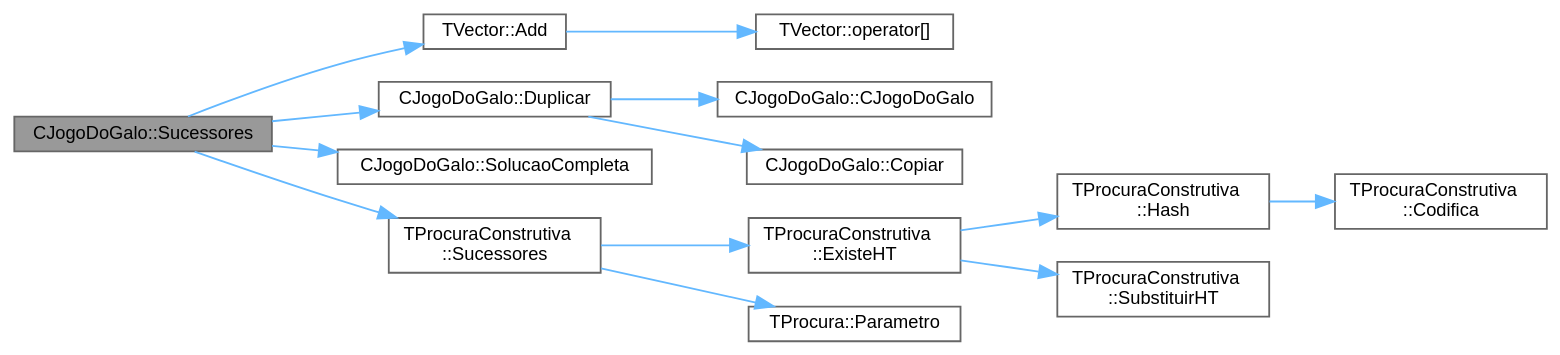
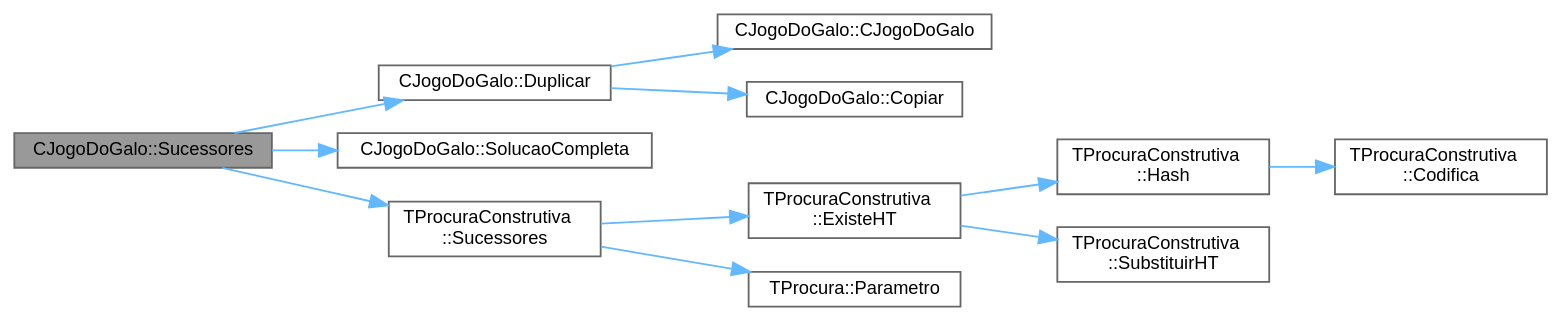
Before and after one commit to jcoelho72/TProcura: the diagram in classCJogoDoGalo_a00004ccf1fa3974c67e655291db65cfb_cgraph.dot, drawn with Graphviz. The commit also changed 169 other files, not shown here.

```diff
--- a/classCJogoDoGalo_a00004ccf1fa3974c67e655291db65cfb_cgraph.dot
+++ b/classCJogoDoGalo_a00004ccf1fa3974c67e655291db65cfb_cgraph.dot
@@ -1,33 +1,29 @@
 digraph "CJogoDoGalo::Sucessores"
 {
  // LATEX_PDF_SIZE
   bgcolor="transparent";
   edge [fontname=Helvetica,fontsize=10,labelfontname=Helvetica,labelfontsize=10];
   node [fontname=Helvetica,fontsize=10,shape=box,height=0.2,width=0.4];
   rankdir="LR";
   Node1 [id="Node000001",label="CJogoDoGalo::Sucessores",height=0.2,width=0.4,color="gray40", fillcolor="grey60", style="filled", fontcolor="black",tooltip="Coloca em sucessores a lista de estados sucessores."];
-  Node1 -> Node2 [id="edge13_Node000001_Node000002",color="steelblue1",style="solid",tooltip=" "];
-  Node2 [id="Node000002",label="TVector::Add",height=0.2,width=0.4,color="grey40", fillcolor="white", style="filled",URL="$classTVector.html#aa28afdd47b27c5e004fc75b86d6f66a6",tooltip=" "];
-  Node2 -> Node3 [id="edge14_Node000002_Node000003",color="steelblue1",style="solid",tooltip=" "];
-  Node3 [id="Node000003",label="TVector::operator[]",height=0.2,width=0.4,color="grey40", fillcolor="white", style="filled",URL="$classTVector.html#a372a42fd7c4a94fee43db36d6a339b33",tooltip="Acesso por índice com auto-expansão."];
-  Node1 -> Node4 [id="edge15_Node000001_Node000004",color="steelblue1",style="solid",tooltip=" "];
-  Node4 [id="Node000004",label="CJogoDoGalo::Duplicar",height=0.2,width=0.4,color="grey40", fillcolor="white", style="filled",URL="$classCJogoDoGalo.html#a0ffe5148e0dad4e325c1840d0569f508",tooltip="Cria um objecto que é uma cópia deste."];
-  Node4 -> Node5 [id="edge16_Node000004_Node000005",color="steelblue1",style="solid",tooltip=" "];
-  Node5 [id="Node000005",label="CJogoDoGalo::CJogoDoGalo",height=0.2,width=0.4,color="grey40", fillcolor="white", style="filled",URL="$classCJogoDoGalo.html#ae89ee9625b01e078ebcb0596f8edd989",tooltip=" "];
-  Node4 -> Node6 [id="edge17_Node000004_Node000006",color="steelblue1",style="solid",tooltip=" "];
-  Node6 [id="Node000006",label="CJogoDoGalo::Copiar",height=0.2,width=0.4,color="grey40", fillcolor="white", style="filled",URL="$classCJogoDoGalo.html#ae674e5a8774f6c0eb2533c68342e185f",tooltip=" "];
-  Node1 -> Node7 [id="edge18_Node000001_Node000007",color="steelblue1",style="solid",tooltip=" "];
-  Node7 [id="Node000007",label="CJogoDoGalo::SolucaoCompleta",height=0.2,width=0.4,color="grey40", fillcolor="white", style="filled",URL="$classCJogoDoGalo.html#a568b44d77521584132997a74bf557014",tooltip="Verifica se o estado actual é objectivo (é uma solução completa)"];
-  Node1 -> Node8 [id="edge19_Node000001_Node000008",color="steelblue1",style="solid",tooltip=" "];
-  Node8 [id="Node000008",label="TProcuraConstrutiva\l::Sucessores",height=0.2,width=0.4,color="grey40", fillcolor="white", style="filled",URL="$group__RedefinicaoMandatoria.html#ga0a13570d2f5a21296e3c10c2780e170c",tooltip="Coloca em sucessores a lista de estados sucessores."];
-  Node8 -> Node9 [id="edge20_Node000008_Node000009",color="steelblue1",style="solid",tooltip=" "];
-  Node9 [id="Node000009",label="TProcuraConstrutiva\l::ExisteHT",height=0.2,width=0.4,color="grey40", fillcolor="white", style="filled",URL="$classTProcuraConstrutiva.html#ad7857beab462b4b09a37e70cc9c787ac",tooltip=" "];
-  Node9 -> Node10 [id="edge21_Node000009_Node000010",color="steelblue1",style="solid",tooltip=" "];
-  Node10 [id="Node000010",label="TProcuraConstrutiva\l::Hash",height=0.2,width=0.4,color="grey40", fillcolor="white", style="filled",URL="$classTProcuraConstrutiva.html#a70375188a6ee7775bc842a3e64f8e35c",tooltip=" "];
-  Node10 -> Node11 [id="edge22_Node000010_Node000011",color="steelblue1",style="solid",tooltip=" "];
-  Node11 [id="Node000011",label="TProcuraConstrutiva\l::Codifica",height=0.2,width=0.4,color="grey40", fillcolor="white", style="filled",URL="$group__RedefinicaoSugerida.html#ga5ff46e85c8f1394c2502f17025284c11",tooltip="Codifica o estado para um vetor de inteiros de 64 bits."];
-  Node9 -> Node12 [id="edge23_Node000009_Node000012",color="steelblue1",style="solid",tooltip=" "];
-  Node12 [id="Node000012",label="TProcuraConstrutiva\l::SubstituirHT",height=0.2,width=0.4,color="grey40", fillcolor="white", style="filled",URL="$classTProcuraConstrutiva.html#a99b7a74f16f5a1b63b12bf629b902057",tooltip=" "];
-  Node8 -> Node13 [id="edge24_Node000008_Node000013",color="steelblue1",style="solid",tooltip=" "];
-  Node13 [id="Node000013",label="TProcura::Parametro",height=0.2,width=0.4,color="grey40", fillcolor="white", style="filled",URL="$classTProcura.html#a0e9e692f29af8a5d5279a8647c800437",tooltip=" "];
+  Node1 -> Node2 [id="edge11_Node000001_Node000002",color="steelblue1",style="solid",tooltip=" "];
+  Node2 [id="Node000002",label="CJogoDoGalo::Duplicar",height=0.2,width=0.4,color="grey40", fillcolor="white", style="filled",URL="$classCJogoDoGalo.html#a0ffe5148e0dad4e325c1840d0569f508",tooltip="Cria um objecto que é uma cópia deste."];
+  Node2 -> Node3 [id="edge12_Node000002_Node000003",color="steelblue1",style="solid",tooltip=" "];
+  Node3 [id="Node000003",label="CJogoDoGalo::CJogoDoGalo",height=0.2,width=0.4,color="grey40", fillcolor="white", style="filled",URL="$classCJogoDoGalo.html#ae89ee9625b01e078ebcb0596f8edd989",tooltip=" "];
+  Node2 -> Node4 [id="edge13_Node000002_Node000004",color="steelblue1",style="solid",tooltip=" "];
+  Node4 [id="Node000004",label="CJogoDoGalo::Copiar",height=0.2,width=0.4,color="grey40", fillcolor="white", style="filled",URL="$classCJogoDoGalo.html#ae674e5a8774f6c0eb2533c68342e185f",tooltip=" "];
+  Node1 -> Node5 [id="edge14_Node000001_Node000005",color="steelblue1",style="solid",tooltip=" "];
+  Node5 [id="Node000005",label="CJogoDoGalo::SolucaoCompleta",height=0.2,width=0.4,color="grey40", fillcolor="white", style="filled",URL="$classCJogoDoGalo.html#a568b44d77521584132997a74bf557014",tooltip="Verifica se o estado actual é objectivo (é uma solução completa)"];
+  Node1 -> Node6 [id="edge15_Node000001_Node000006",color="steelblue1",style="solid",tooltip=" "];
+  Node6 [id="Node000006",label="TProcuraConstrutiva\l::Sucessores",height=0.2,width=0.4,color="grey40", fillcolor="white", style="filled",URL="$group__RedefinicaoMandatoria.html#ga0a13570d2f5a21296e3c10c2780e170c",tooltip="Coloca em sucessores a lista de estados sucessores."];
+  Node6 -> Node7 [id="edge16_Node000006_Node000007",color="steelblue1",style="solid",tooltip=" "];
+  Node7 [id="Node000007",label="TProcuraConstrutiva\l::ExisteHT",height=0.2,width=0.4,color="grey40", fillcolor="white", style="filled",URL="$classTProcuraConstrutiva.html#ad7857beab462b4b09a37e70cc9c787ac",tooltip=" "];
+  Node7 -> Node8 [id="edge17_Node000007_Node000008",color="steelblue1",style="solid",tooltip=" "];
+  Node8 [id="Node000008",label="TProcuraConstrutiva\l::Hash",height=0.2,width=0.4,color="grey40", fillcolor="white", style="filled",URL="$classTProcuraConstrutiva.html#a70375188a6ee7775bc842a3e64f8e35c",tooltip=" "];
+  Node8 -> Node9 [id="edge18_Node000008_Node000009",color="steelblue1",style="solid",tooltip=" "];
+  Node9 [id="Node000009",label="TProcuraConstrutiva\l::Codifica",height=0.2,width=0.4,color="grey40", fillcolor="white", style="filled",URL="$group__RedefinicaoSugerida.html#ga5ff46e85c8f1394c2502f17025284c11",tooltip="Codifica o estado para um vetor de inteiros de 64 bits."];
+  Node7 -> Node10 [id="edge19_Node000007_Node000010",color="steelblue1",style="solid",tooltip=" "];
+  Node10 [id="Node000010",label="TProcuraConstrutiva\l::SubstituirHT",height=0.2,width=0.4,color="grey40", fillcolor="white", style="filled",URL="$classTProcuraConstrutiva.html#a99b7a74f16f5a1b63b12bf629b902057",tooltip=" "];
+  Node6 -> Node11 [id="edge20_Node000006_Node000011",color="steelblue1",style="solid",tooltip=" "];
+  Node11 [id="Node000011",label="TProcura::Parametro",height=0.2,width=0.4,color="grey40", fillcolor="white", style="filled",URL="$classTProcura.html#a0e9e692f29af8a5d5279a8647c800437",tooltip=" "];
 }
```
